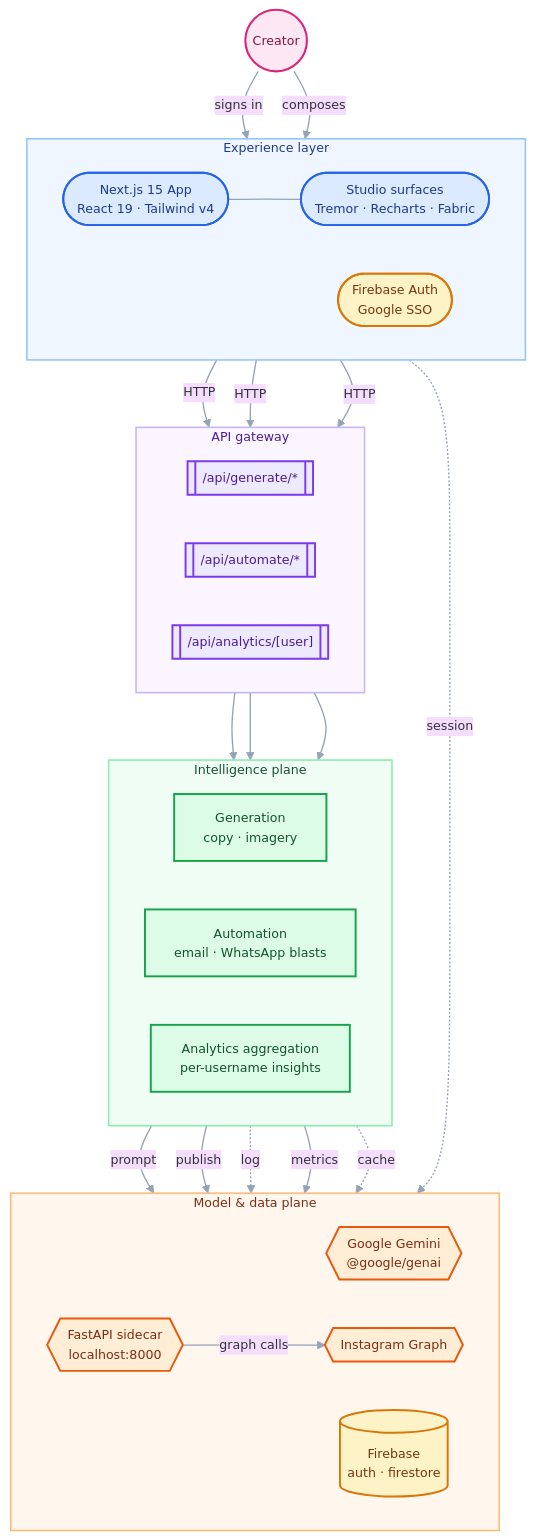
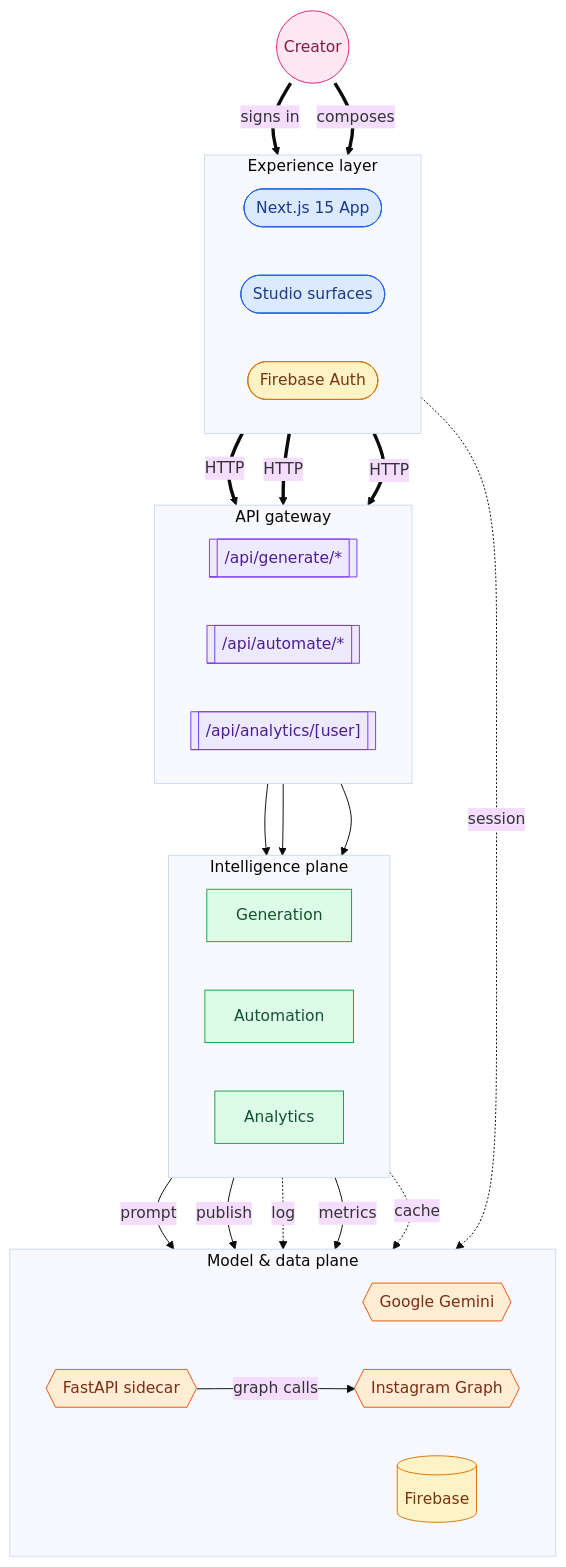
The third of 8 diagrams in README.md (Aniruddh-fullstac/knowmedfia), drawn with Mermaid before and after one commit. The commit also changed other lines of this file and 4 other files, not shown here.

Commit message:
docs: use custom pipeline diagram in README

````diff
--- a/README.md
+++ b/README.md
@@ -210,75 +217,52 @@
 ```mermaid
-%%{init: {
-  "theme": "base",
-  "themeVariables": {
-    "fontFamily": "ui-sans-serif, system-ui, sans-serif",
-    "fontSize": "13px"
-  }
-}}%%
+%%{init: { "theme": "base", "themeVariables": { "fontFamily": "ui-sans-serif, system-ui, sans-serif" } }}%%
 flowchart TB
   USER(("Creator")):::user
-
   subgraph L1["Experience layer"]
     direction LR
-    SPA(["Next.js 15 App<br/>React 19 · Tailwind v4"]):::ui
-    STUDIO(["Studio surfaces<br/>Tremor · Recharts · Fabric"]):::ui
-    AUTHN(["Firebase Auth<br/>Google SSO"]):::auth
+    SPA(["Next.js 15 App"]):::ui
+    STUDIO(["Studio surfaces"]):::ui
+    AUTHN(["Firebase Auth"]):::auth
   end
-
   subgraph L2["API gateway"]
     direction LR
     R1[["/api/generate/*"]]:::route
     R2[["/api/automate/*"]]:::route
     R3[["/api/analytics/[user]"]]:::route
   end
-
   subgraph L3["Intelligence plane"]
     direction LR
-    GEN["Generation<br/>copy · imagery"]:::logic
-    AUTO["Automation<br/>email · WhatsApp blasts"]:::logic
-    ANA["Analytics aggregation<br/>per-username insights"]:::logic
+    GEN["Generation"]:::logic
+    AUTO["Automation"]:::logic
+    ANA["Analytics"]:::logic
   end
-
   subgraph L4["Model &amp; data plane"]
     direction LR
-    GEM{{"Google Gemini<br/>@google/genai"}}:::ext
-    SIDECAR{{"FastAPI sidecar<br/>localhost:8000"}}:::ext
+    GEM{{"Google Gemini"}}:::ext
+    SIDECAR{{"FastAPI sidecar"}}:::ext
     IG{{"Instagram Graph"}}:::ext
-    FB[("Firebase<br/>auth · firestore")]:::db
+    FB[("Firebase")]:::db
   end
-
   USER ==>|"signs in"| AUTHN
   USER ==>|"composes"| SPA
-  SPA --- STUDIO
   AUTHN -.->|"session"| FB
-
   SPA ==>|"HTTP"| R1
   SPA ==>|"HTTP"| R2
   SPA ==>|"HTTP"| R3
-
   R1 --> GEN
   R2 --> AUTO
   R3 --> ANA
-
   GEN -->|"prompt"| GEM
   AUTO -->|"publish"| SIDECAR
   AUTO -.->|"log"| FB
   ANA -->|"metrics"| IG
   ANA -.->|"cache"| FB
   SIDECAR -->|"graph calls"| IG
-
-  classDef user  fill:#fce7f3,stroke:#db2777,stroke-width:2.2px,color:#831843
-  classDef ui    fill:#dbeafe,stroke:#2563eb,stroke-width:2px,color:#1e3a8a
-  classDef auth  fill:#fef3c7,stroke:#d97706,stroke-width:2px,color:#78350f
-  classDef route fill:#ede9fe,stroke:#7c3aed,stroke-width:2px,color:#4c1d95
-  classDef logic fill:#dcfce7,stroke:#16a34a,stroke-width:2px,color:#14532d
-  classDef ext   fill:#ffedd5,stroke:#ea580c,stroke-width:2px,color:#7c2d12
-  classDef db    fill:#fef3c7,stroke:#d97706,stroke-width:2px,color:#78350f
-
-  style L1 fill:#eff6ff,stroke:#93c5fd,stroke-width:1.6px,color:#1e3a8a
-  style L2 fill:#faf5ff,stroke:#c4b5fd,stroke-width:1.6px,color:#4c1d95
-  style L3 fill:#f0fdf4,stroke:#86efac,stroke-width:1.6px,color:#14532d
-  style L4 fill:#fff7ed,stroke:#fdba74,stroke-width:1.6px,color:#7c2d12
-
-  linkStyle default stroke:#94a3b8,stroke-width:1.4px
+  classDef user  fill:#fce7f3,stroke:#db2777,color:#831843
+  classDef ui    fill:#dbeafe,stroke:#2563eb,color:#1e3a8a
+  classDef auth  fill:#fef3c7,stroke:#d97706,color:#78350f
+  classDef route fill:#ede9fe,stroke:#7c3aed,color:#4c1d95
+  classDef logic fill:#dcfce7,stroke:#16a34a,color:#14532d
+  classDef ext   fill:#ffedd5,stroke:#ea580c,color:#7c2d12
+  classDef db    fill:#fef3c7,stroke:#d97706,color:#78350f
 ```
````
